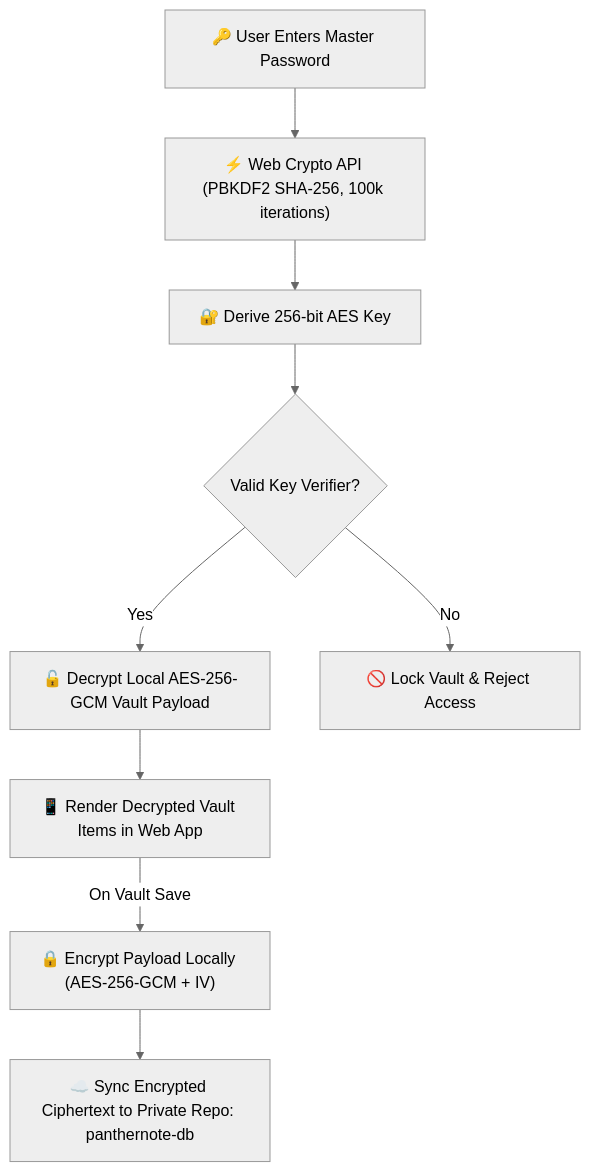
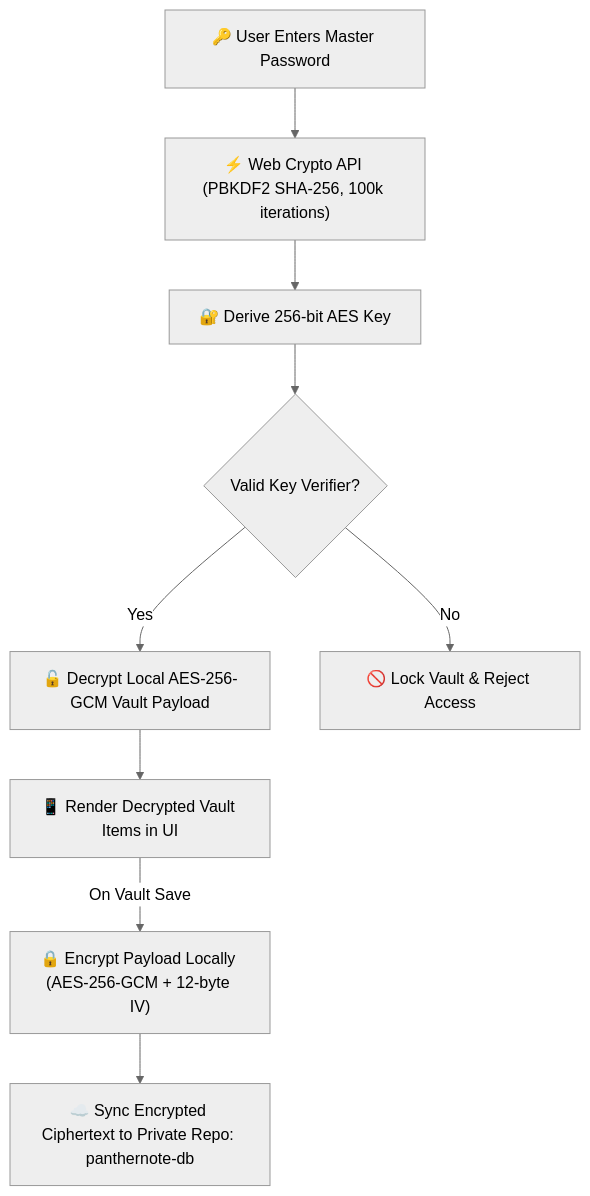
One commit to sachinmandawi/panthernote changed the diagram in README.md. Above: the diagram before and after it, drawn with Mermaid (neutral theme). The commit also changed other lines of this file, not shown here.

Commit message:
docs: elevate README with comprehensive About section, cryptographic specs, and desktop app docs

````diff
--- a/README.md
+++ b/README.md
@@ -75,11 +86,11 @@
 ```mermaid
 flowchart TD
     A["🔑 User Enters Master Password"] --> B["⚡ Web Crypto API (PBKDF2 SHA-256, 100k iterations)"]
     B --> C["🔐 Derive 256-bit AES Key"]
     C --> D{"Valid Key Verifier?"}
     D -->|Yes| E["🔓 Decrypt Local AES-256-GCM Vault Payload"]
     D -->|No| F["🚫 Lock Vault & Reject Access"]
-    E --> G["📱 Render Decrypted Vault Items in Web App"]
-    G -->|On Vault Save| H["🔒 Encrypt Payload Locally (AES-256-GCM + IV)"]
+    E --> G["📱 Render Decrypted Vault Items in UI"]
+    G -->|On Vault Save| H["🔒 Encrypt Payload Locally (AES-256-GCM + 12-byte IV)"]
     H --> I["☁️ Sync Encrypted Ciphertext to Private Repo: panthernote-db"]
 ```
````
